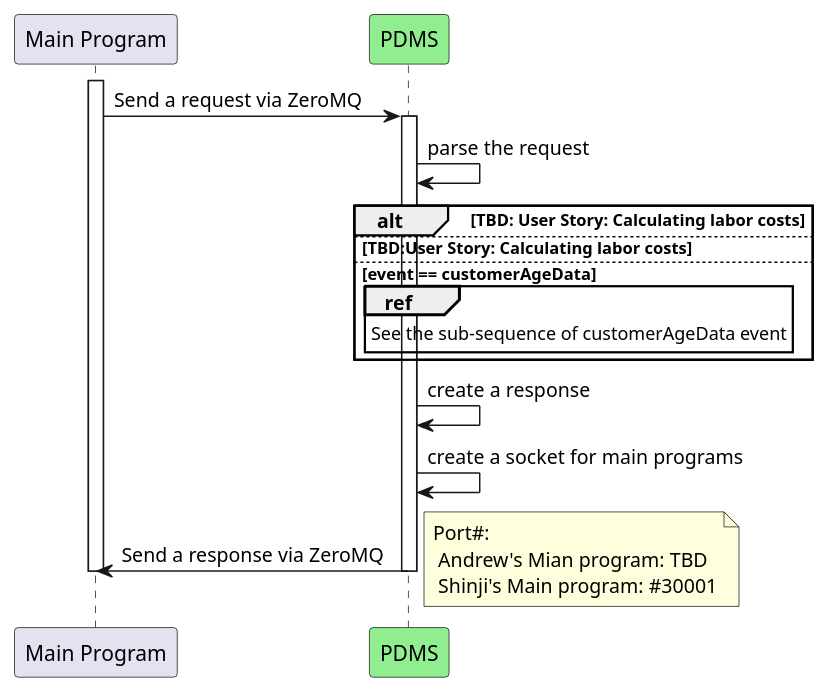
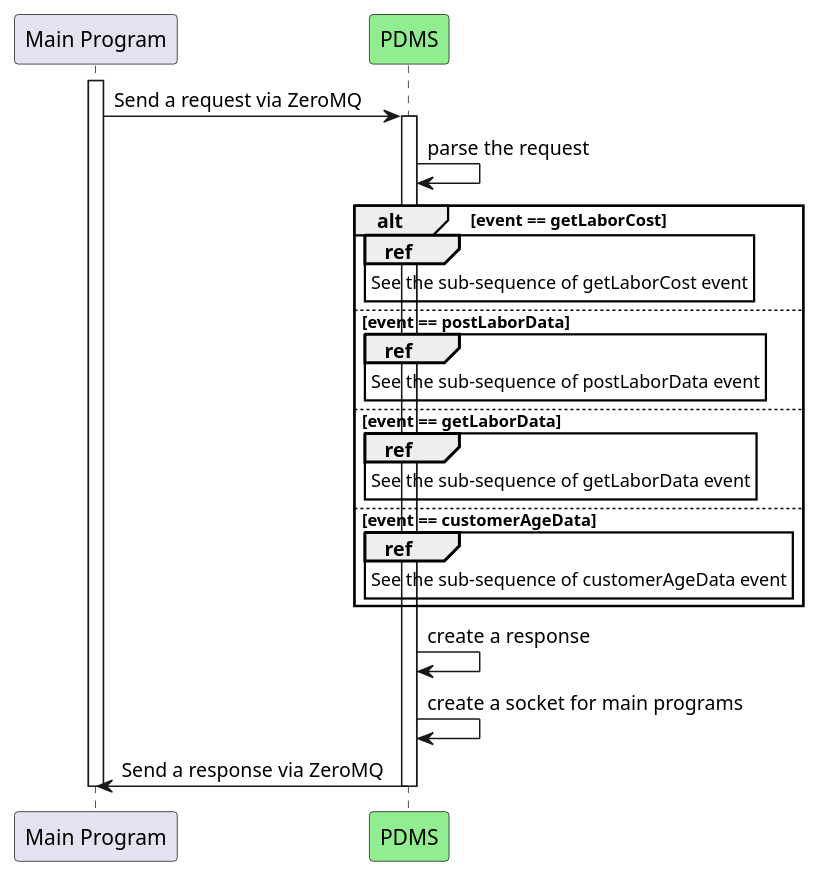
Before and after one commit to TS-1224/CS361-PDMS: the first of 5 diagrams in README.md, drawn with PlantUML. The commit also changed other lines of this file, not shown here.

````diff
--- a/README.md
+++ b/README.md
@@ -68,37 +68,33 @@
 ```plantuml
 @startuml
 
 ' Participants
 Participant "Main Program" as main
 Participant "PDMS" as pdms #LightGreen
 
 ' Flow
 activate main
 
 main -> pdms: Send a request via ZeroMQ
 
 activate pdms
 
 pdms -> pdms: parse the request
-alt TBD: User Story: Calculating labor costs
-else TBD:User Story: Calculating labor costs
+alt event == getLaborCost
+    ref over pdms: See the sub-sequence of getLaborCost event
+else event == postLaborData
+    ref over pdms: See the sub-sequence of postLaborData event
+else event == getLaborData
+    ref over pdms: See the sub-sequence of getLaborData event
 else event == customerAgeData
     ref over pdms: See the sub-sequence of customerAgeData event
 end
 
 pdms -> pdms: create a response
 pdms -> pdms: create a socket for main programs
 main <- pdms: Send a response via ZeroMQ
 
 deactivate pdms
 deactivate main
-
-
-' notes
-note right
-Port#:
- Andrew's Mian program: TBD
- Shinji's Main program: #30001
-end note
 @enduml
 ```
````
